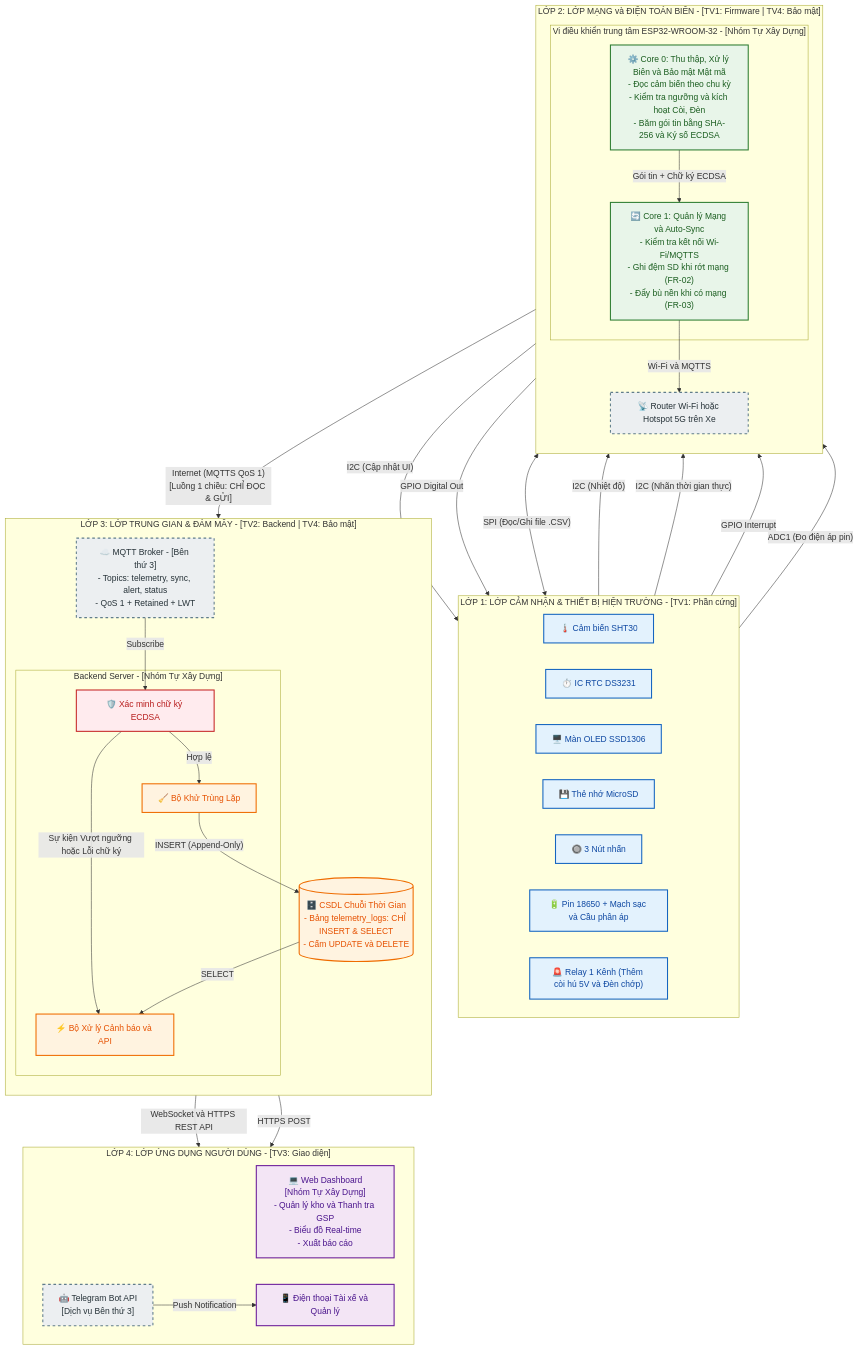
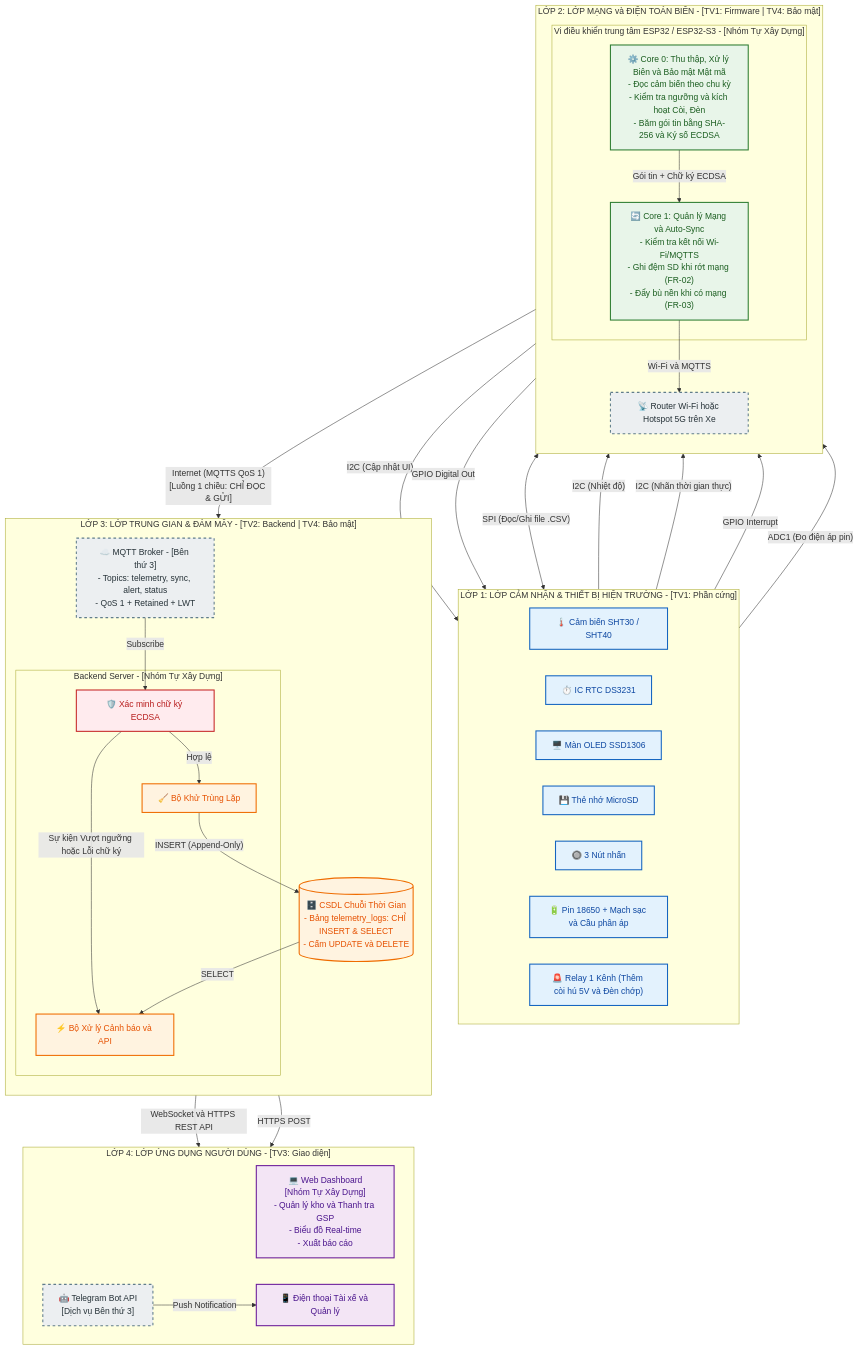
Before and after one commit to UFOsonzz/IOT-2026.1: the diagram in docs/01_technical_dossier/03_system_architecture.md, drawn with Mermaid. The commit also changed 19 other files, not shown here.

Commit message:
feat(sprint1): support ESP32-S3 and SHT40, finalize sprint 1 documentation

````diff
--- a/docs/01_technical_dossier/03_system_architecture.md
+++ b/docs/01_technical_dossier/03_system_architecture.md
@@ -4,78 +4,78 @@
 ```mermaid
 flowchart TB
     %% Định nghĩa kiểu dáng cho các lớp
     classDef sensing fill:#e3f2fd,stroke:#1565c0,stroke-width:2px,color:#0d47a1
     classDef edge fill:#e8f5e9,stroke:#2e7d32,stroke-width:2px,color:#1b5e20
     classDef middleware fill:#fff3e0,stroke:#ef6c00,stroke-width:2px,color:#e65100
     classDef app fill:#f3e5f5,stroke:#6a1b9a,stroke-width:2px,color:#4a148c
     classDef thirdparty fill:#eceff1,stroke:#607d8b,stroke-width:2px,stroke-dasharray: 5 5,color:#263238
     classDef security fill:#ffebee,stroke:#c62828,stroke-width:2px,color:#b71c1c
 
     %% ================= LỚP 1: LỚP CẢM NHẬN / THIẾT BỊ =================
     subgraph L1 ["LỚP 1: LỚP CẢM NHẬN & THIẾT BỊ HIỆN TRƯỜNG - [TV1: Phần cứng]"]
         direction LR
-        SHT30["🌡️ Cảm biến SHT30"]:::sensing
+        SHT30["🌡️ Cảm biến SHT30 / SHT40"]:::sensing
         DS3231["⏱️ IC RTC DS3231"]:::sensing
         OLED["🖥️ Màn OLED SSD1306"]:::sensing
         SDCARD["💾 Thẻ nhớ MicroSD"]:::sensing
         BTN["🔘 3 Nút nhấn"]:::sensing
         BAT["🔋 Pin 18650 + Mạch sạc và Cầu phân áp"]:::sensing
         RELAY["🚨 Relay 1 Kênh (Thêm còi hú 5V và Đèn chớp)"]:::sensing
     end
 
     %% ================= LỚP 2: LỚP MẠNG & ĐIỆN TOÁN BIÊN =================
     subgraph L2 ["LỚP 2: LỚP MẠNG và ĐIỆN TOÁN BIÊN - [TV1: Firmware | TV4: Bảo mật]"]
         direction TB
-        subgraph ESP32S3 ["Vi điều khiển trung tâm ESP32-WROOM-32 - [Nhóm Tự Xây Dựng]"]
+        subgraph ESP32S3 ["Vi điều khiển trung tâm ESP32 / ESP32-S3 - [Nhóm Tự Xây Dựng]"]
             CORE0["⚙️ Core 0: Thu thập, Xử lý Biên và Bảo mật Mật mã<br/>- Đọc cảm biến theo chu kỳ<br/>- Kiểm tra ngưỡng và kích hoạt Còi, Đèn<br/>- Băm gói tin bằng SHA-256 và Ký số ECDSA"]:::edge
             CORE1["🔄 Core 1: Quản lý Mạng và Auto-Sync<br/>- Kiểm tra kết nối Wi-Fi/MQTTS<br/>- Ghi đệm SD khi rớt mạng (FR-02)<br/>- Đẩy bù nền khi có mạng (FR-03)"]:::edge
         end
         WIFI_GW["📡 Router Wi-Fi hoặc Hotspot 5G trên Xe"]:::thirdparty
     end
 
     %% Kết nối Lớp 1 <-> Lớp 2
     SHT30 -- "I2C (Nhiệt độ)" --> CORE0
     DS3231 -- "I2C (Nhãn thời gian thực)" --> CORE0
     CORE0 -- "I2C (Cập nhật UI)" --> OLED
     BTN -- "GPIO Interrupt" --> CORE0
     BAT -- "ADC1 (Đo điện áp pin)" --> CORE0
     CORE0 -- "GPIO Digital Out" --> RELAY
     CORE0 -- "Gói tin + Chữ ký ECDSA" --> CORE1
     CORE1 <-- "SPI (Đọc/Ghi file .CSV)" --> SDCARD
     CORE1 -- "Wi-Fi và MQTTS" --> WIFI_GW
 
     %% ================= LỚP 3: LỚP TRUNG GIAN / MÁY CHỦ =================
     subgraph L3 ["LỚP 3: LỚP TRUNG GIAN & ĐÁM MÂY - [TV2: Backend | TV4: Bảo mật]"]
         direction TB
         BROKER["☁️ MQTT Broker - [Bên thứ 3]<br/>- Topics: telemetry, sync, alert, status<br/>- QoS 1 + Retained + LWT"]:::thirdparty
         
         subgraph BACKEND ["Backend Server - [Nhóm Tự Xây Dựng]"]
             VERIFY["🛡️ Xác minh chữ ký ECDSA"]:::security
             DEDUP["🧹 Bộ Khử Trùng Lặp"]:::middleware
             RULE["⚡ Bộ Xử lý Cảnh báo và API"]:::middleware
         end
 
         DB[("🗄️ CSDL Chuỗi Thời Gian<br/>- Bảng telemetry_logs: CHỈ INSERT & SELECT<br/>- Cấm UPDATE và DELETE")]:::middleware
     end
 
     %% Kết nối Lớp 2 -> Lớp 3 (Chỉ 1 chiều dữ liệu đo để đảm bảo tính pháp lý GSP)
     WIFI_GW -- "Internet (MQTTS QoS 1)<br/>[Luồng 1 chiều: CHỈ ĐỌC & GỬI]" --> BROKER
     BROKER -- "Subscribe" --> VERIFY
     VERIFY -- "Hợp lệ" --> DEDUP
     DEDUP -- "INSERT (Append-Only)" --> DB
     VERIFY -- "Sự kiện Vượt ngưỡng hoặc Lỗi chữ ký" --> RULE
     DB -- "SELECT" --> RULE
 
     %% ================= LỚP 4: LỚP ỨNG DỤNG NGƯỜI DÙNG =================
     subgraph L4 ["LỚP 4: LỚP ỨNG DỤNG NGƯỜI DÙNG - [TV3: Giao diện]"]
         direction LR
         WEB["💻 Web Dashboard<br/>[Nhóm Tự Xây Dựng]<br/>- Quản lý kho và Thanh tra GSP<br/>- Biểu đồ Real-time<br/>- Xuất báo cáo"]:::app
         TELE_API["🤖 Telegram Bot API<br/>[Dịch vụ Bên thứ 3]"]:::thirdparty
         PHONE["📱 Điện thoại Tài xế và Quản lý"]:::app
     end
 
     %% Kết nối Lớp 3 -> Lớp 4
     RULE -- "WebSocket và HTTPS REST API" --> WEB
     RULE -- "HTTPS POST" --> TELE_API
     TELE_API -- "Push Notification" --> PHONE
 ```
````
